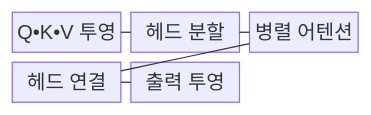
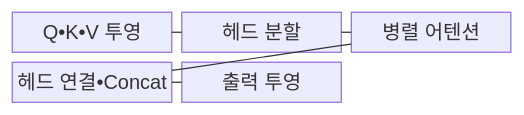
Before and after one commit to agnusdei1207/knowledge-base: the first of 2 diagrams in src/content/docs/notes/08-latest-tech/030_multi_head_attention.md, drawn with Mermaid. The commit also changed other lines of this file and 493 other files, not shown here.

````diff
--- a/src/content/docs/notes/08-latest-tech/030_multi_head_attention.md
+++ b/src/content/docs/notes/08-latest-tech/030_multi_head_attention.md
@@ -69,13 +69,13 @@
 ```mermaid
 block-beta
     columns 3
     P["Q•K•V 투영"]
     S["헤드 분할"]
     H["병렬 어텐션"]
-    C["헤드 연결"]
+    C["헤드 연결•Concat"]
     O["출력 투영"]
     P --- S
     S --- H
     H --- C
     C --- O
 ```
````
